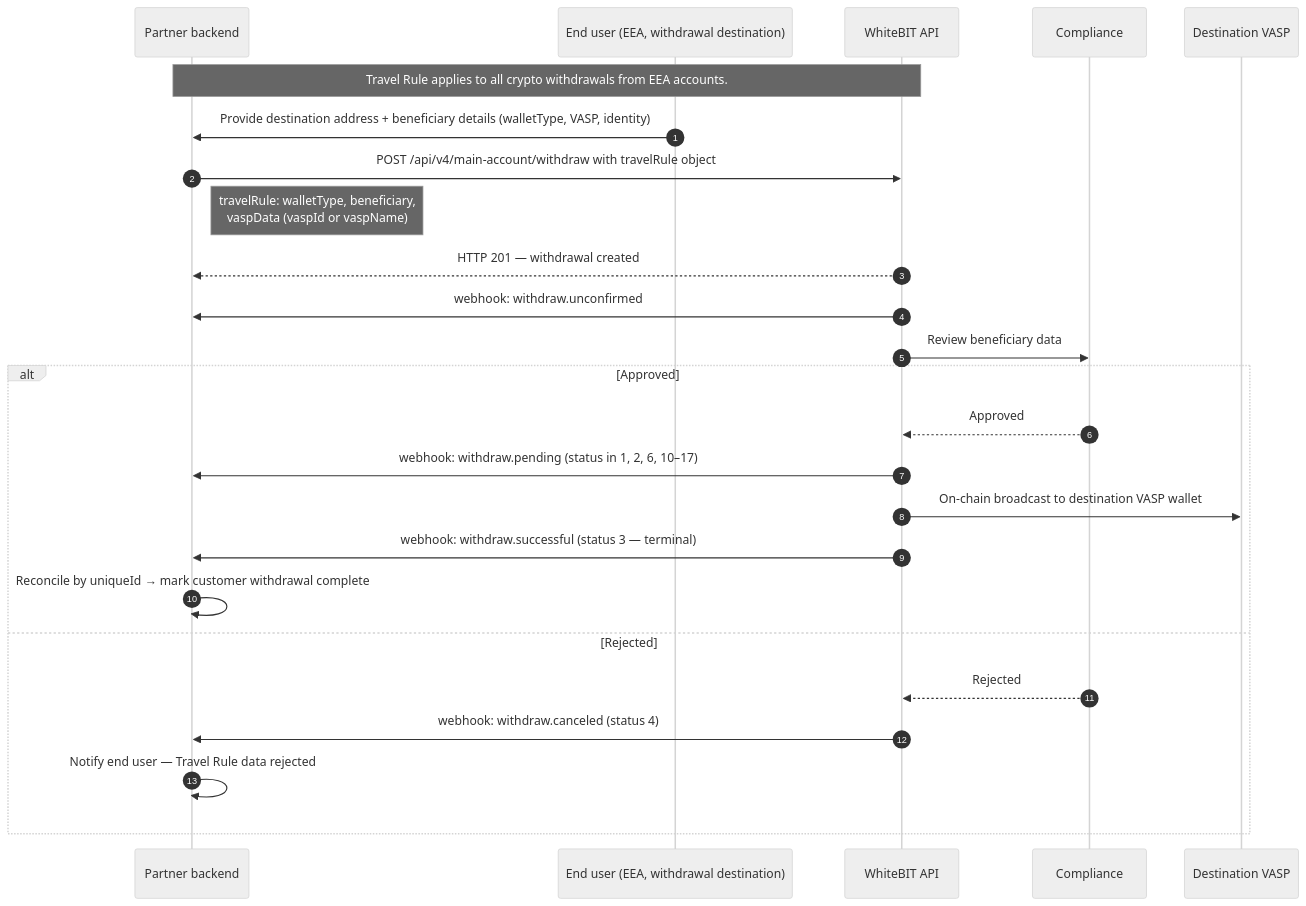
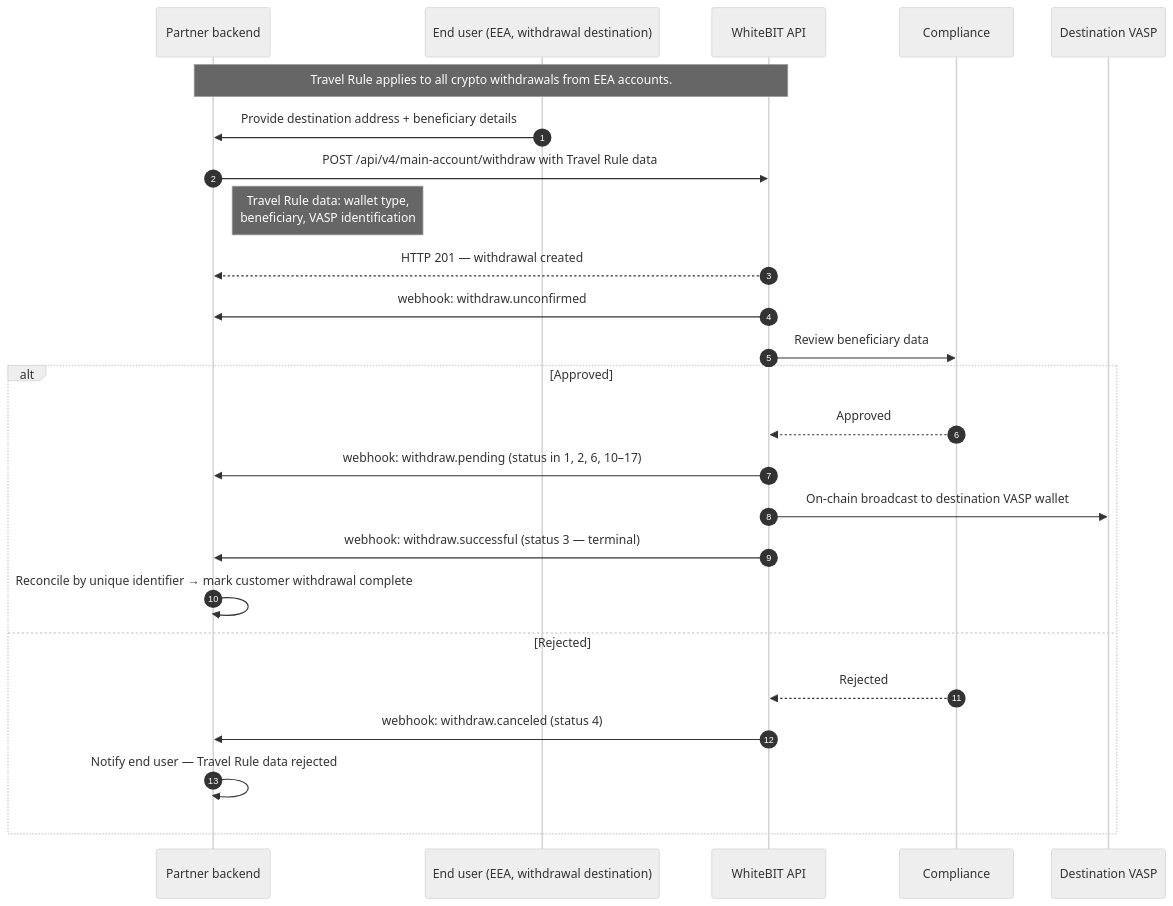
One commit to whitebit-exchange/docs changed the second of 4 diagrams in guides/payment-integration.mdx. Above: the diagram before and after it, drawn with Mermaid (neutral theme). The commit also changed other lines of this file and 5 other files, not shown here.

````diff
--- a/guides/payment-integration.mdx
+++ b/guides/payment-integration.mdx
@@ -50,28 +58,28 @@
 ```mermaid
 sequenceDiagram
     autonumber
     participant P as Partner backend
     participant U as End user (EEA, withdrawal destination)
     participant W as WhiteBIT API
     participant C as Compliance
     participant V as Destination VASP
 
     Note over P,W: Travel Rule applies to all crypto withdrawals from EEA accounts.
-    U->>P: Provide destination address + beneficiary details (walletType, VASP, identity)
-    P->>W: POST /api/v4/main-account/withdraw with travelRule object
-    Note right of P: travelRule: walletType, beneficiary,<br/>vaspData (vaspId or vaspName)
+    U->>P: Provide destination address + beneficiary details
+    P->>W: POST /api/v4/main-account/withdraw with Travel Rule data
+    Note right of P: Travel Rule data: wallet type,<br/>beneficiary, VASP identification
     W-->>P: HTTP 201 — withdrawal created
     W->>P: webhook: withdraw.unconfirmed
     W->>C: Review beneficiary data
     alt Approved
         C-->>W: Approved
         W->>P: webhook: withdraw.pending (status in 1, 2, 6, 10–17)
         W->>V: On-chain broadcast to destination VASP wallet
         W->>P: webhook: withdraw.successful (status 3 — terminal)
-        P->>P: Reconcile by uniqueId → mark customer withdrawal complete
+        P->>P: Reconcile by unique identifier → mark customer withdrawal complete
     else Rejected
         C-->>W: Rejected
         W->>P: webhook: withdraw.canceled (status 4)
         P->>P: Notify end user — Travel Rule data rejected
     end
 ```
````
